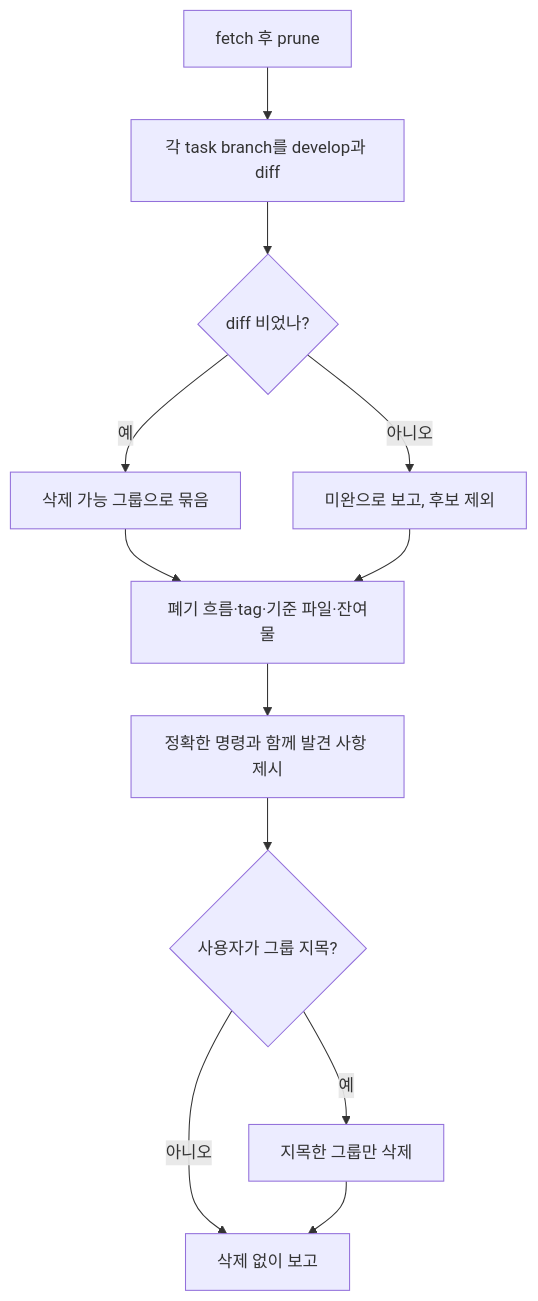
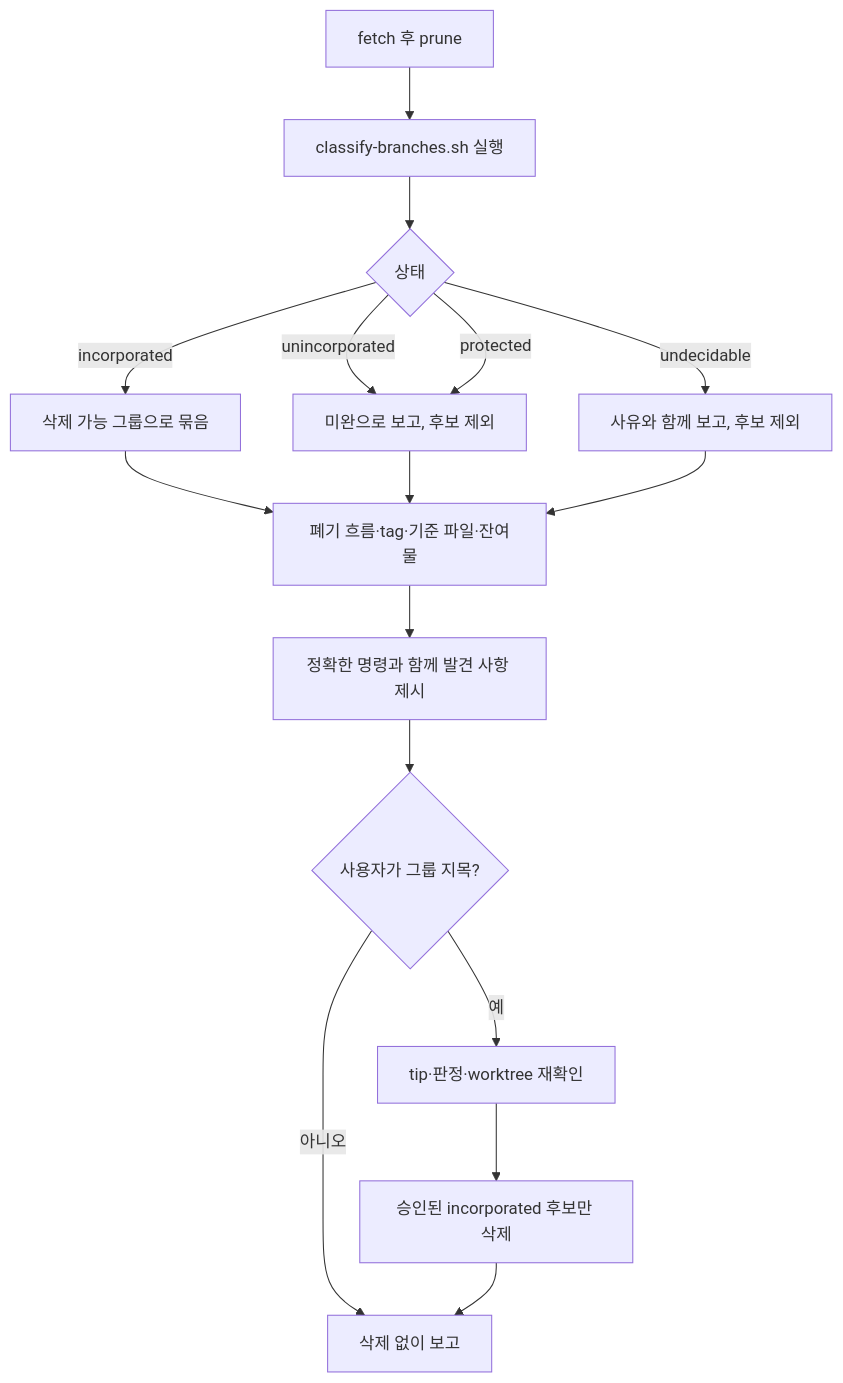
Before and after one commit to 0x0w1/jig: the diagram in docs/ko/skills/repo-hygiene.md, drawn with Mermaid. The commit also changed other lines of this file and 71 other files, not shown here.

````diff
--- a/docs/ko/skills/repo-hygiene.md
+++ b/docs/ko/skills/repo-hygiene.md
@@ -36,14 +39,18 @@
 ```mermaid
 flowchart TD
-    Fetch[fetch 후 prune] --> Classify[각 task branch를 develop과 diff]
-    Classify --> Shipped{diff 비었나?}
-    Shipped -- 예 --> Offer[삭제 가능 그룹으로 묶음]
-    Shipped -- 아니오 --> Keep[미완으로 보고, 후보 제외]
+    Fetch[fetch 후 prune] --> Classify[classify-branches.sh 실행]
+    Classify --> Status{상태}
+    Status -- incorporated --> Offer[삭제 가능 그룹으로 묶음]
+    Status -- unincorporated --> Keep[미완으로 보고, 후보 제외]
+    Status -- protected --> Keep
+    Status -- undecidable --> Unknown[사유와 함께 보고, 후보 제외]
     Offer --> Other[폐기 흐름·tag·기준 파일·잔여물]
     Keep --> Other
+    Unknown --> Other
     Other --> Present[정확한 명령과 함께 발견 사항 제시]
     Present --> Confirm{사용자가 그룹 지목?}
-    Confirm -- 예 --> Delete[지목한 그룹만 삭제]
+    Confirm -- 예 --> Recheck[tip·판정·worktree 재확인]
+    Recheck --> Delete[승인된 incorporated 후보만 삭제]
     Confirm -- 아니오 --> Report[삭제 없이 보고]
     Delete --> Report
 ```
````
